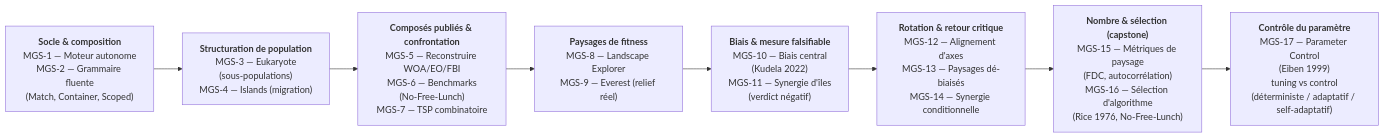
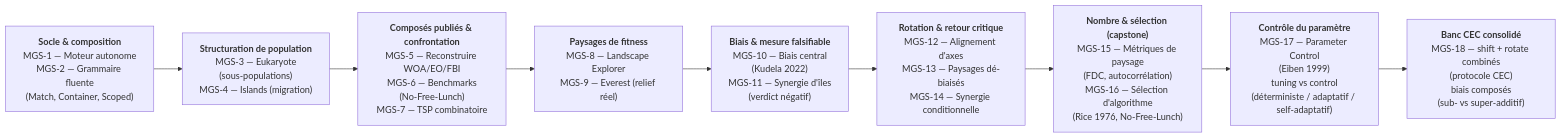
The diagram in MyIA.AI.Notebooks/Search/Part4-Metaheuristics/README.md (jsboige/CoursIA), drawn with Mermaid before and after one commit. The commit also changed other lines of this file, not shown here.

First line of the commit message:
docs(mgs): README Part4 — MGS-18 row, neuvieme vague Mermaid W9, parcours CEC combine

````diff
--- a/MyIA.AI.Notebooks/Search/Part4-Metaheuristics/README.md
+++ b/MyIA.AI.Notebooks/Search/Part4-Metaheuristics/README.md
@@ -66,12 +67,13 @@
 ```mermaid
 flowchart LR
     W1["<b>Socle &amp; composition</b><br/>MGS-1 — Moteur autonome<br/>MGS-2 — Grammaire fluente<br/>(Match, Container, Scoped)"]
     W2["<b>Structuration de population</b><br/>MGS-3 — Eukaryote<br/>(sous-populations)<br/>MGS-4 — Islands (migration)"]
     W3["<b>Composés publiés &amp; confrontation</b><br/>MGS-5 — Reconstruire WOA/EO/FBI<br/>MGS-6 — Benchmarks<br/>(No-Free-Lunch)<br/>MGS-7 — TSP combinatoire"]
     W4["<b>Paysages de fitness</b><br/>MGS-8 — Landscape Explorer<br/>MGS-9 — Everest (relief réel)"]
     W5["<b>Biais &amp; mesure falsifiable</b><br/>MGS-10 — Biais central<br/>(Kudela 2022)<br/>MGS-11 — Synergie d'îles<br/>(verdict négatif)"]
     W6["<b>Rotation &amp; retour critique</b><br/>MGS-12 — Alignement d'axes<br/>MGS-13 — Paysages dé-biaisés<br/>MGS-14 — Synergie conditionnelle"]
     W7["<b>Nombre &amp; sélection (capstone)</b><br/>MGS-15 — Métriques de paysage<br/>(FDC, autocorrélation)<br/>MGS-16 — Sélection d'algorithme<br/>(Rice 1976, No-Free-Lunch)"]
     W8["<b>Contrôle du paramètre</b><br/>MGS-17 — Parameter Control<br/>(Eiben 1999)<br/>tuning vs control<br/>(déterministe / adaptatif / self-adaptatif)"]
-    W1 --> W2 --> W3 --> W4 --> W5 --> W6 --> W7 --> W8
+    W9["<b>Banc CEC consolidé</b><br/>MGS-18 — shift + rotate combinés<br/>(protocole CEC)<br/>biais composés<br/>(sub- vs super-additif)"]
+    W1 --> W2 --> W3 --> W4 --> W5 --> W6 --> W7 --> W8 --> W9
 ```
````
